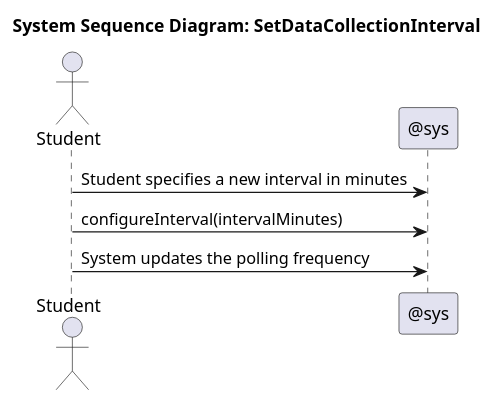
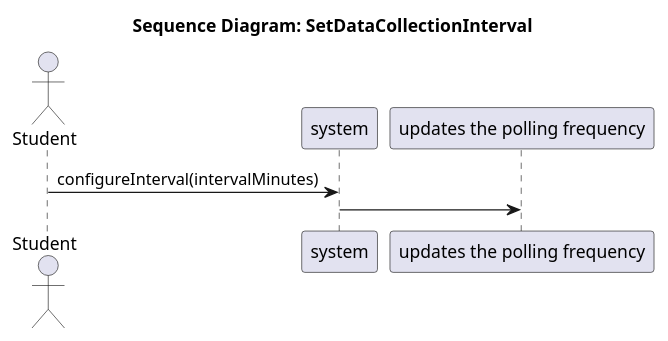
Before and after one commit to SEP4Real/SEP4: the diagram in Documentation/Analysis/ssds/StudyHelper_SetDataCollectionInterval.ssd.puml, drawn with PlantUML. The commit also changed 46 other files, not shown here.

```diff
--- a/Documentation/Analysis/ssds/StudyHelper_SetDataCollectionInterval.ssd.puml
+++ b/Documentation/Analysis/ssds/StudyHelper_SetDataCollectionInterval.ssd.puml
@@ -1,8 +1,9 @@
-@startuml StudyHelper_SetDataCollectionInterval_SSD
-title System Sequence Diagram: SetDataCollectionInterval
+@startuml
+title Sequence Diagram: SetDataCollectionInterval
 actor "Student" as Actor
-participant "@sys" as System
-Actor -> System : Student specifies a new interval in minutes
+participant "system" as System
+participant "updates the polling frequency" as updates_the_polling_frequency
+
 Actor -> System : configureInterval(intervalMinutes)
-Actor -> System : System updates the polling frequency
+System -> updates_the_polling_frequency : 
 @enduml
```
